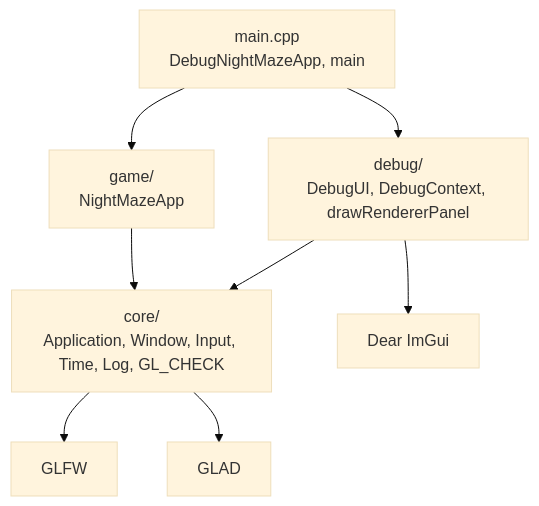
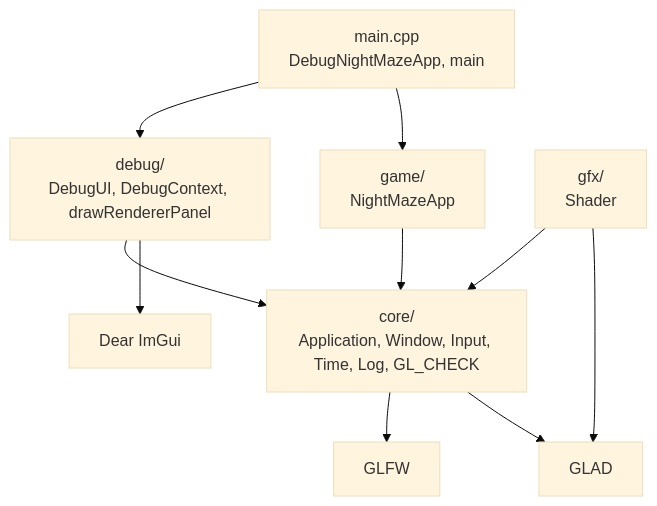
The first of 3 diagrams in docs/modules/core/README.md (Shironex/night-maze), drawn with Mermaid (base theme) before and after one commit. The commit also changed other lines of this file and 12 other files, not shown here.

First line of the commit message:
feat(gfx): add Shader with file loading and hot reload

````diff
--- a/docs/modules/core/README.md
+++ b/docs/modules/core/README.md
@@ -44,10 +44,12 @@
 ```mermaid
 flowchart TD
     Main["main.cpp<br/>DebugNightMazeApp, main"] --> Debug["debug/<br/>DebugUI, DebugContext, drawRendererPanel"]
     Main --> Game["game/<br/>NightMazeApp"]
     Debug --> Core["core/<br/>Application, Window, Input, Time, Log, GL_CHECK"]
     Game --> Core
+    Gfx["gfx/<br/>Shader"] --> Core
     Debug --> ImGui["Dear ImGui"]
     Core --> Glfw["GLFW"]
     Core --> Glad["GLAD"]
+    Gfx --> Glad
 ```
````
